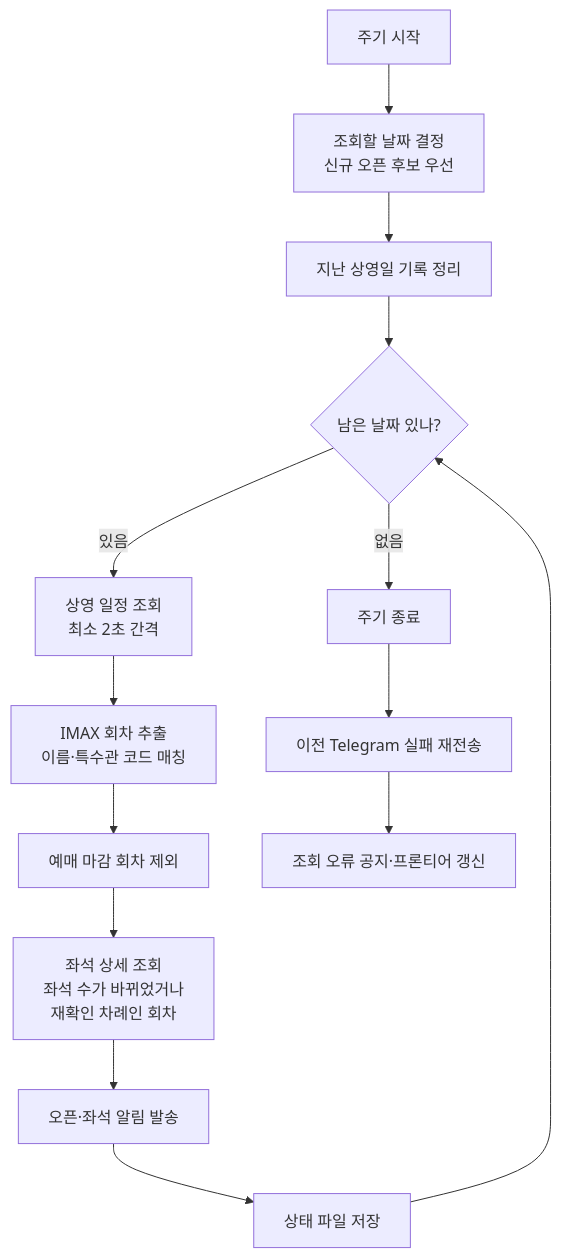
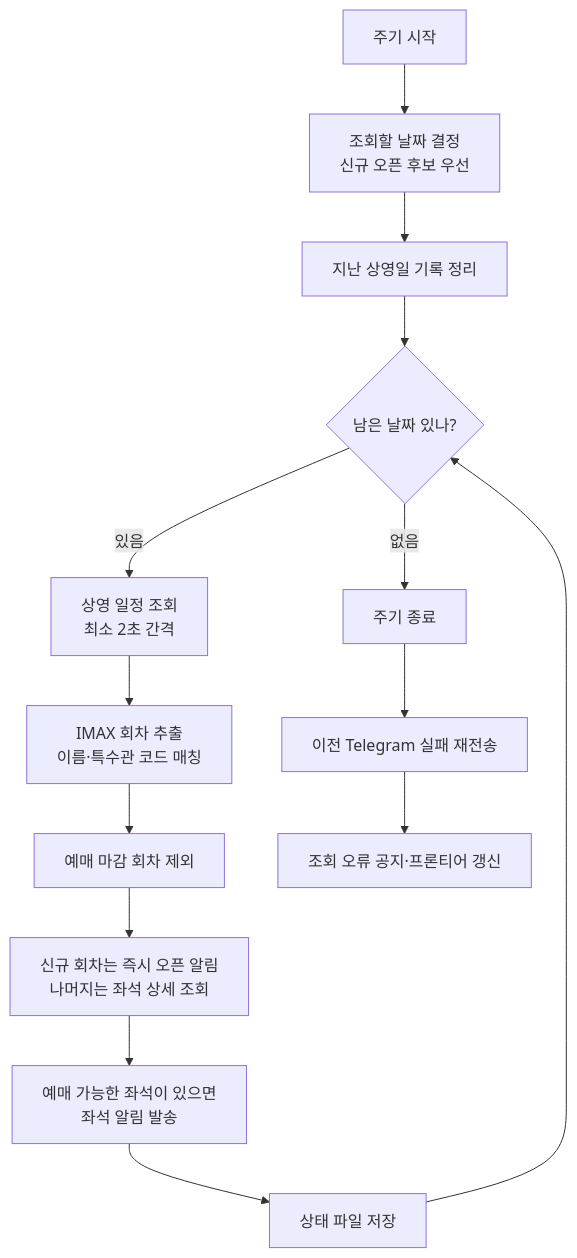
The first of 5 diagrams in docs/alert-flow.md (yuemyname/yongam-bot), drawn with Mermaid before and after one commit. The commit also changed other lines of this file and 5 other files, not shown here.

````diff
--- a/docs/alert-flow.md
+++ b/docs/alert-flow.md
@@ -11,16 +11,17 @@
 ```mermaid
 flowchart TD
     A[주기 시작] --> B[조회할 날짜 결정<br/>신규 오픈 후보 우선]
     B --> C[지난 상영일 기록 정리]
     C --> D{남은 날짜 있나?}
     D -->|없음| Z[주기 종료]
     D -->|있음| E[상영 일정 조회<br/>최소 2초 간격]
     E --> F[IMAX 회차 추출<br/>이름·특수관 코드 매칭]
     F --> G[예매 마감 회차 제외]
-    G --> H[좌석 상세 조회<br/>좌석 수가 바뀌었거나<br/>재확인 차례인 회차]
-    H --> I[오픈·좌석 알림 발송]
+    G --> H[신규 회차는 즉시 오픈 알림<br/>나머지는 좌석 상세 조회]
+    I[예매 가능한 좌석이 있으면<br/>좌석 알림 발송]
+    H --> I
     I --> J[상태 파일 저장]
     J --> D
     Z --> L[이전 Telegram 실패 재전송]
     L --> M[조회 오류 공지·프론티어 갱신]
 ```
````
